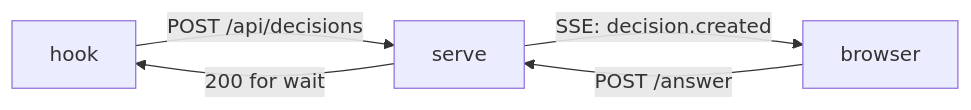
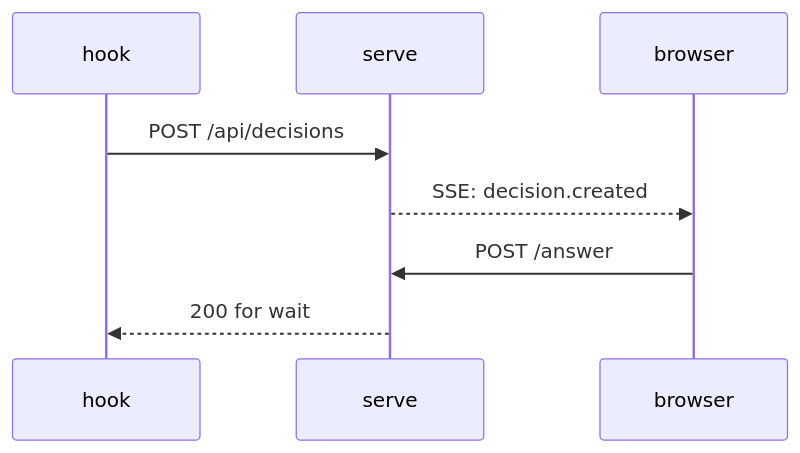
One commit to Asugawara/ukagai changed the diagram in test/explain-fixtures/fail-cell-long.md. Above: the diagram before and after it, drawn with Mermaid. The commit also changed 21 other files, not shown here.

````diff
--- a/test/explain-fixtures/fail-cell-long.md
+++ b/test/explain-fixtures/fail-cell-long.md
@@ -27,7 +27,7 @@
 ```mermaid
-flowchart LR
-  H[hook] -->|POST /api/decisions| S[serve]
-  S -->|SSE: decision.created| B[browser]
-  B -->|POST /answer| S
-  S -->|200 for wait| H
+sequenceDiagram
+  hook->>serve: POST /api/decisions
+  serve-->>browser: SSE: decision.created
+  browser->>serve: POST /answer
+  serve-->>hook: 200 for wait
 ```
````
